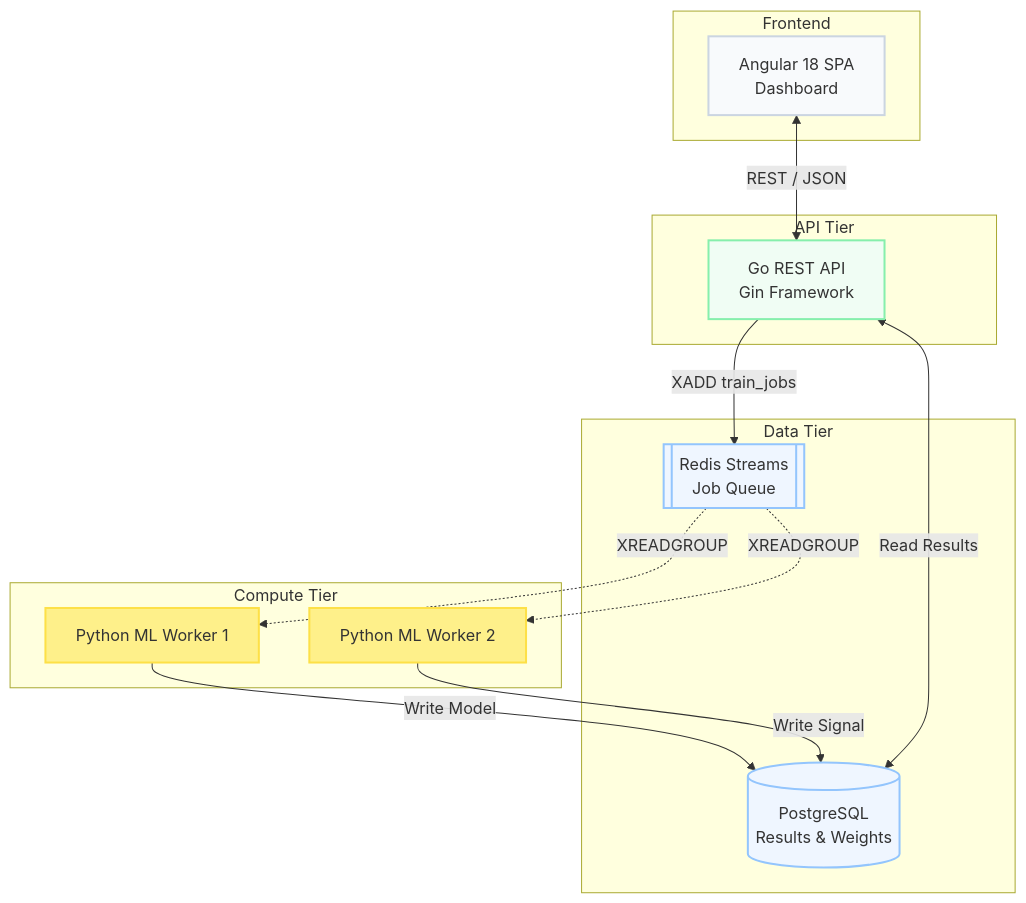
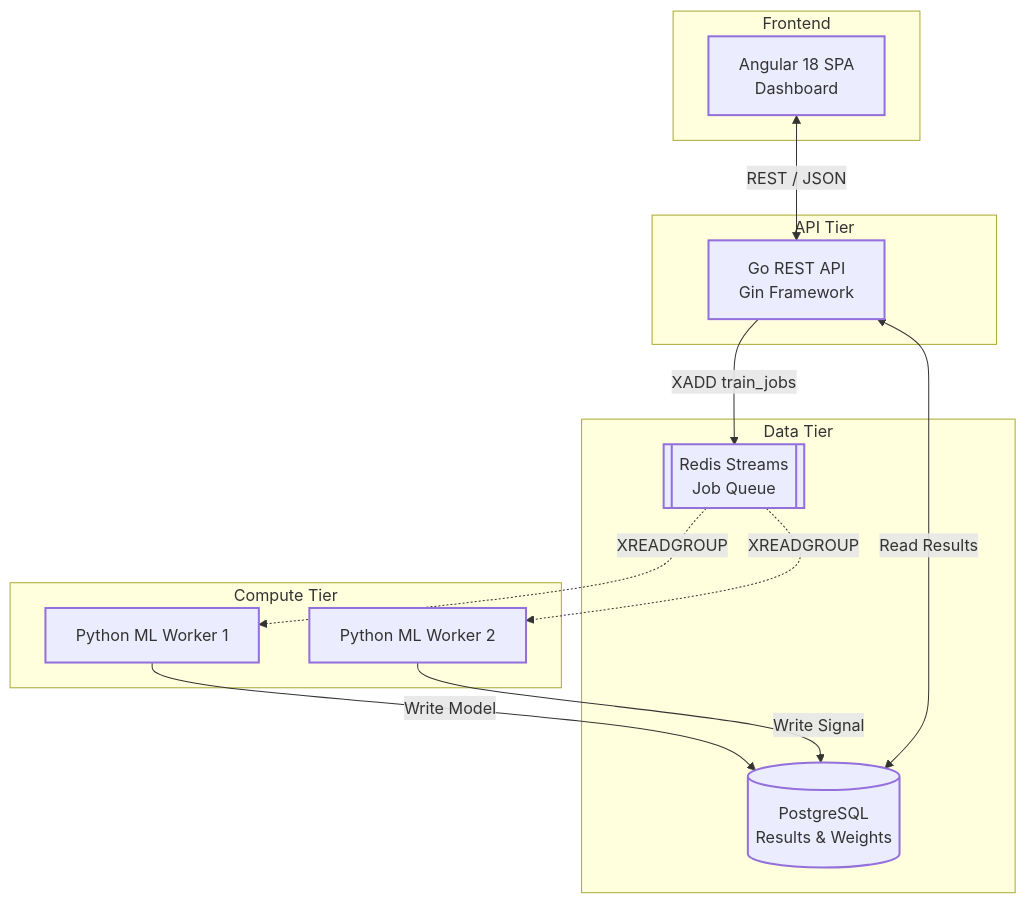
Before and after one commit to khoahotran/portfolio: the first of 2 diagrams in content/blog/2026-06-28-designing-a-multi-role-hft-research-platform.md, drawn with Mermaid. The commit also changed 6 other files, not shown here.

````diff
--- a/content/blog/2026-06-28-designing-a-multi-role-hft-research-platform.md
+++ b/content/blog/2026-06-28-designing-a-multi-role-hft-research-platform.md
@@ -23,42 +23,42 @@
 ```mermaid
 flowchart TB
     subgraph Frontend
         Web[Angular 18 SPA\nDashboard]
     end
 
     subgraph API Tier
         GoAPI[Go REST API\nGin Framework]
     end
 
     subgraph Compute Tier
         PyWorker1[Python ML Worker 1]
         PyWorker2[Python ML Worker 2]
     end
 
     subgraph Data Tier
         Redis[[Redis Streams\nJob Queue]]
         PG[(PostgreSQL\nResults & Weights)]
     end
 
     Web <-->|REST / JSON| GoAPI
     
     GoAPI -->|XADD train_jobs| Redis
     
     Redis -.->|XREADGROUP| PyWorker1
     Redis -.->|XREADGROUP| PyWorker2
     
     PyWorker1 -->|Write Model| PG
     PyWorker2 -->|Write Signal| PG
     
     GoAPI <-->|Read Results| PG
 
-    classDef frontend fill:#f8fafc,stroke:#cbd5e1,stroke-width:2px;
-    classDef api fill:#f0fdf4,stroke:#86efac,stroke-width:2px;
-    classDef compute fill:#fef08a,stroke:#fde047,stroke-width:2px;
-    classDef db fill:#eff6ff,stroke:#93c5fd,stroke-width:2px;
+    classDef frontend stroke-width:2px;
+    classDef api stroke-width:2px;
+    classDef compute stroke-width:2px;
+    classDef db stroke-width:2px;
     
     class Web frontend;
     class GoAPI api;
     class PyWorker1,PyWorker2 compute;
     class Redis,PG db;
 ```
````
